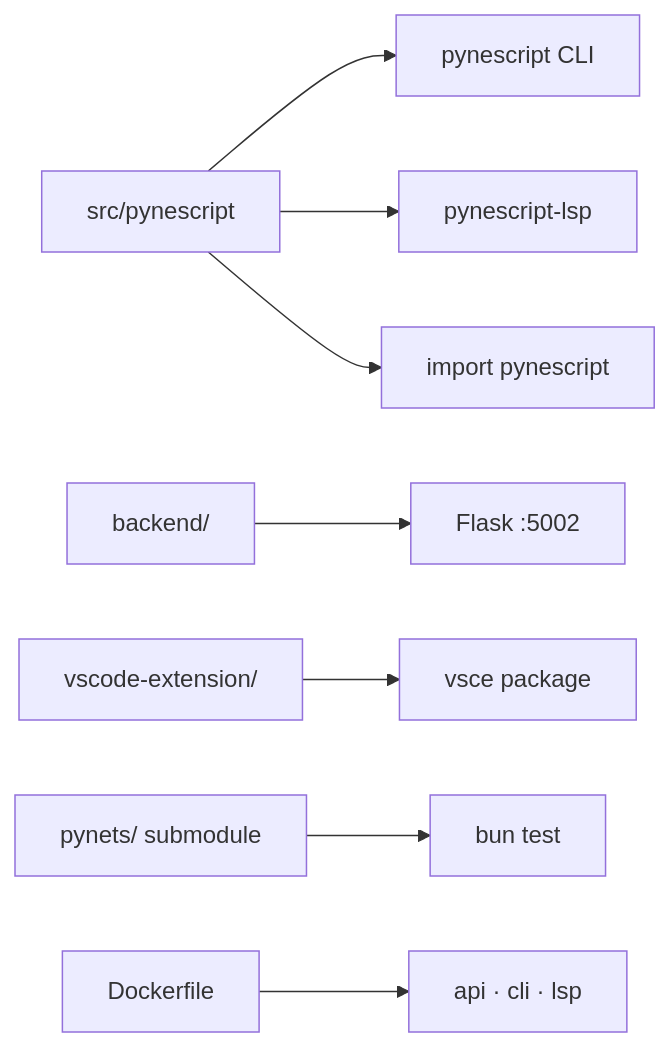
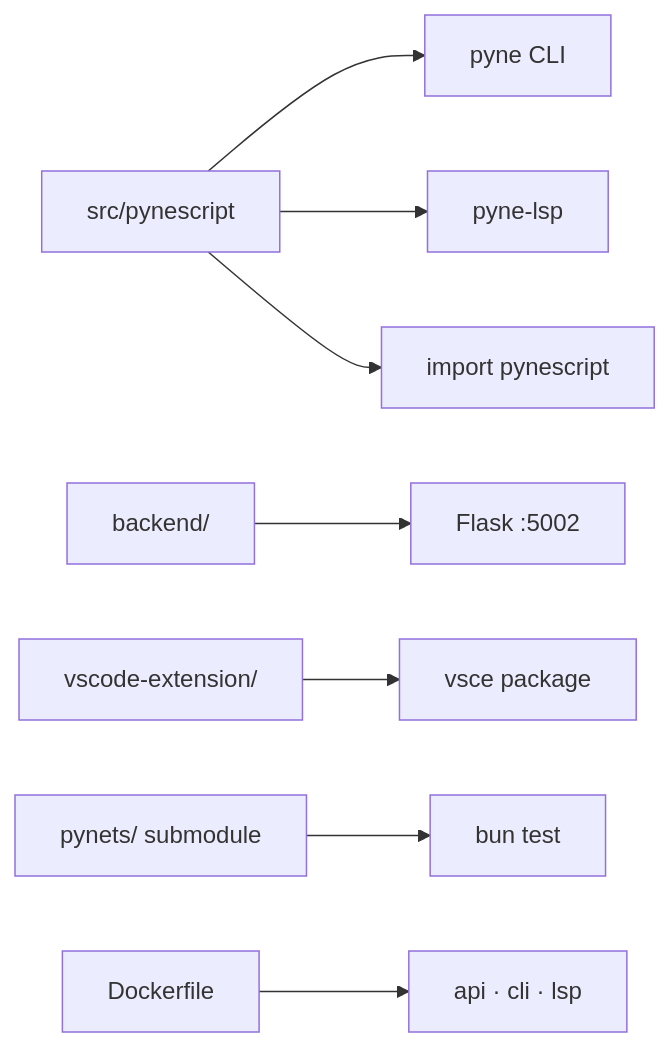
The diagram in docs/pyne/devops/local-dev.mdx (hoox-sh/pyne), drawn with Mermaid before and after one commit. The commit also changed other lines of this file and 101 other files, not shown here.

````diff
--- a/docs/pyne/devops/local-dev.mdx
+++ b/docs/pyne/devops/local-dev.mdx
@@ -35,10 +35,10 @@
 ```mermaid
 flowchart LR
-  SRC[src/pynescript] --> CLI[pynescript CLI]
-  SRC --> LSP[pynescript-lsp]
+  SRC[src/pynescript] --> CLI[pyne CLI]
+  SRC --> LSP[pyne-lsp]
   SRC --> LIB[import pynescript]
   BE[backend/] --> API[Flask :5002]
   VSC[vscode-extension/] --> VSIX[vsce package]
   TS[pynets/ submodule] --> BUN[bun test]
   DOCK[Dockerfile] --> IMG[api · cli · lsp]
 ```
````
